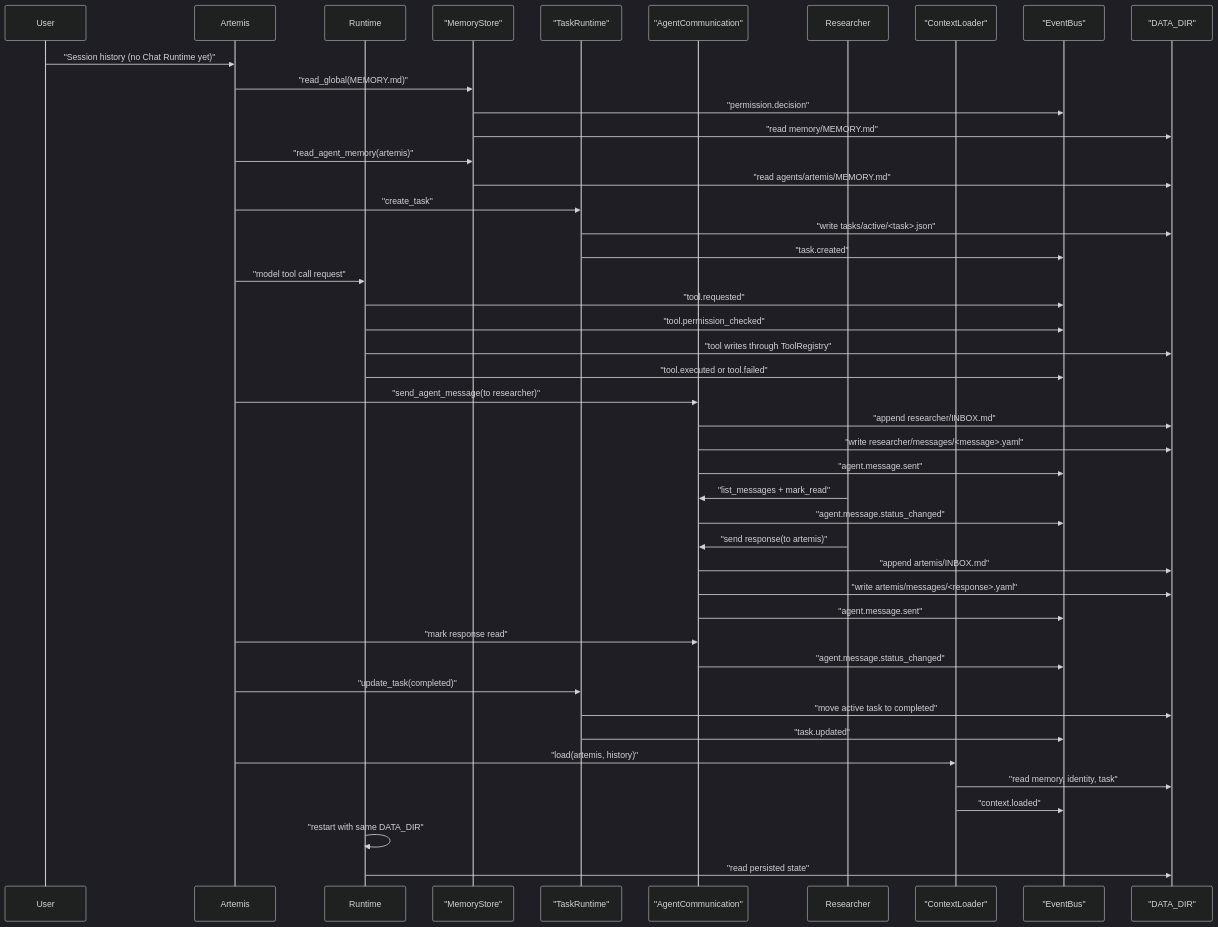
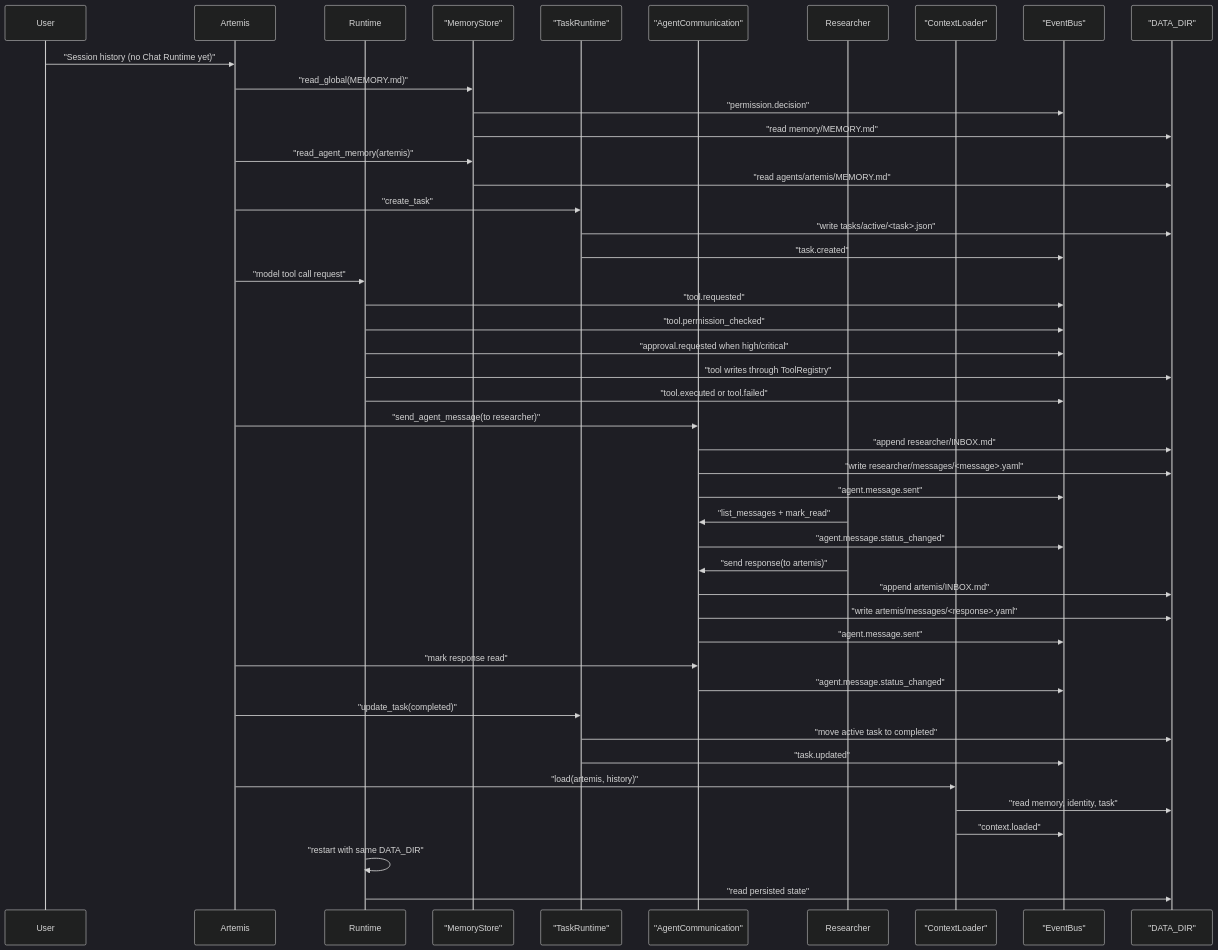
One commit to xDynamo01/Synapse changed the diagram in docs/validation/runtime-walkthrough.md. Above: the diagram before and after it, drawn with Mermaid (dark theme). The commit also changed other lines of this file and 19 other files, not shown here.

````diff
--- a/docs/validation/runtime-walkthrough.md
+++ b/docs/validation/runtime-walkthrough.md
@@ -666,48 +670,49 @@
 ```mermaid
 sequenceDiagram
     participant User
     participant Artemis
     participant Runtime
     participant Memory as "MemoryStore"
     participant Tasks as "TaskRuntime"
     participant A2A as "AgentCommunication"
     participant Researcher
     participant Context as "ContextLoader"
     participant Events as "EventBus"
     participant Files as "DATA_DIR"
 
     User->>Artemis: "Session history (no Chat Runtime yet)"
     Artemis->>Memory: "read_global(MEMORY.md)"
     Memory->>Events: "permission.decision"
     Memory->>Files: "read memory/MEMORY.md"
     Artemis->>Memory: "read_agent_memory(artemis)"
     Memory->>Files: "read agents/artemis/MEMORY.md"
     Artemis->>Tasks: "create_task"
     Tasks->>Files: "write tasks/active/<task>.json"
     Tasks->>Events: "task.created"
     Artemis->>Runtime: "model tool call request"
     Runtime->>Events: "tool.requested"
     Runtime->>Events: "tool.permission_checked"
+    Runtime->>Events: "approval.requested when high/critical"
     Runtime->>Files: "tool writes through ToolRegistry"
     Runtime->>Events: "tool.executed or tool.failed"
     Artemis->>A2A: "send_agent_message(to researcher)"
     A2A->>Files: "append researcher/INBOX.md"
     A2A->>Files: "write researcher/messages/<message>.yaml"
     A2A->>Events: "agent.message.sent"
     Researcher->>A2A: "list_messages + mark_read"
     A2A->>Events: "agent.message.status_changed"
     Researcher->>A2A: "send response(to artemis)"
     A2A->>Files: "append artemis/INBOX.md"
     A2A->>Files: "write artemis/messages/<response>.yaml"
     A2A->>Events: "agent.message.sent"
     Artemis->>A2A: "mark response read"
     A2A->>Events: "agent.message.status_changed"
     Artemis->>Tasks: "update_task(completed)"
     Tasks->>Files: "move active task to completed"
     Tasks->>Events: "task.updated"
     Artemis->>Context: "load(artemis, history)"
     Context->>Files: "read memory, identity, task"
     Context->>Events: "context.loaded"
     Runtime->>Runtime: "restart with same DATA_DIR"
     Runtime->>Files: "read persisted state"
 ```
````
